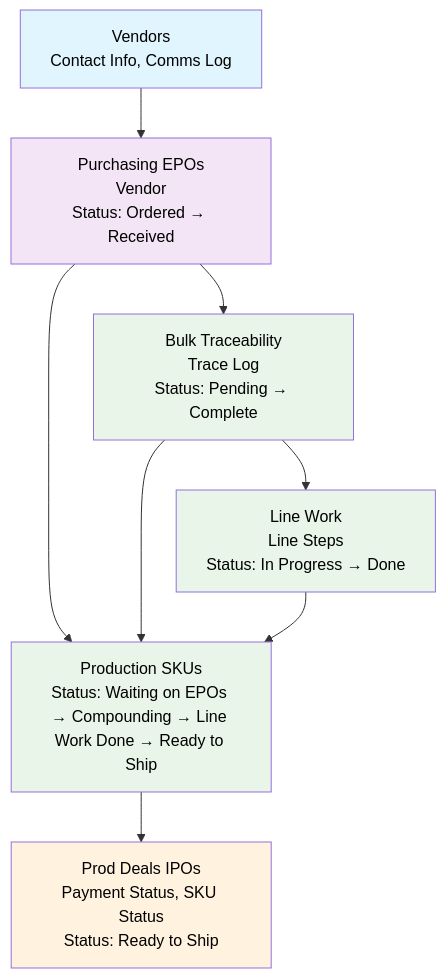
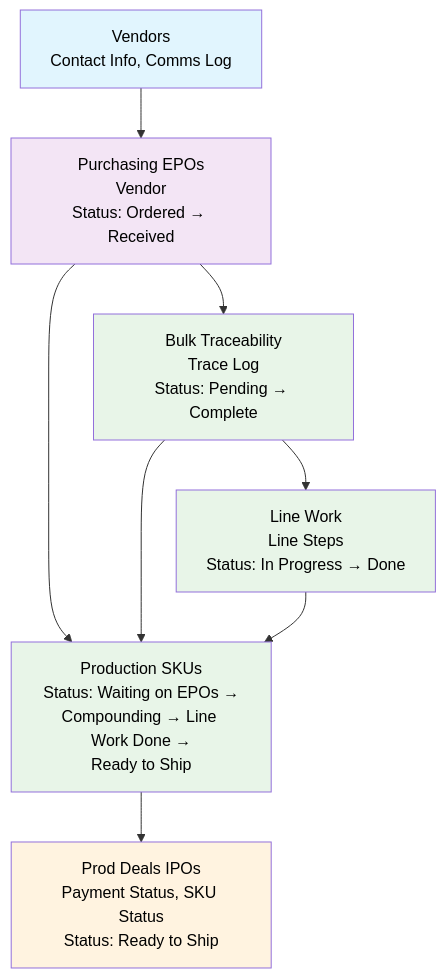
Before and after one commit to ldraney/primacy-stack: the diagram in diagrams/sessions/accounts-prod-pipeline/prompt-driven/workflow-dependencies-map.mmd, drawn with Mermaid.

Commit message:
dependencies width fix attempt

```diff
--- a/diagrams/sessions/accounts-prod-pipeline/prompt-driven/workflow-dependencies-map.mmd
+++ b/diagrams/sessions/accounts-prod-pipeline/prompt-driven/workflow-dependencies-map.mmd
@@ -1,27 +1,27 @@
 graph TD
     V[Vendors<br/>Contact Info, Comms Log] 
     P[Purchasing EPOs<br/>Vendor<br/>Status: Ordered → Received]
     B[Bulk Traceability<br/>Trace Log<br/>Status: Pending → Complete]
     L[Line Work<br/>Line Steps<br/>Status: In Progress → Done]
-    S[Production SKUs<br/>Status: Waiting on EPOs → Compounding → Line Work Done → Ready to Ship]
+    S[Production SKUs<br/>Status: Waiting on EPOs →<br/>Compounding → Line Work Done →<br/>Ready to Ship]
     D[Prod Deals IPOs<br/>Payment Status, SKU Status<br/>Status: Ready to Ship]
 
     %% Dependencies (Blocked By relationships)
     V --> P
     P --> B
     B --> L
     P --> S
     B --> S
     L --> S
     S --> D
 
     %% Styling
     classDef vendor fill:#e1f5fe,color:#000000
     classDef purchasing fill:#f3e5f5,color:#000000
     classDef production fill:#e8f5e8,color:#000000
     classDef deals fill:#fff3e0,color:#000000
     
     class V vendor
     class P purchasing
     class B,L,S production
     class D deals
```
